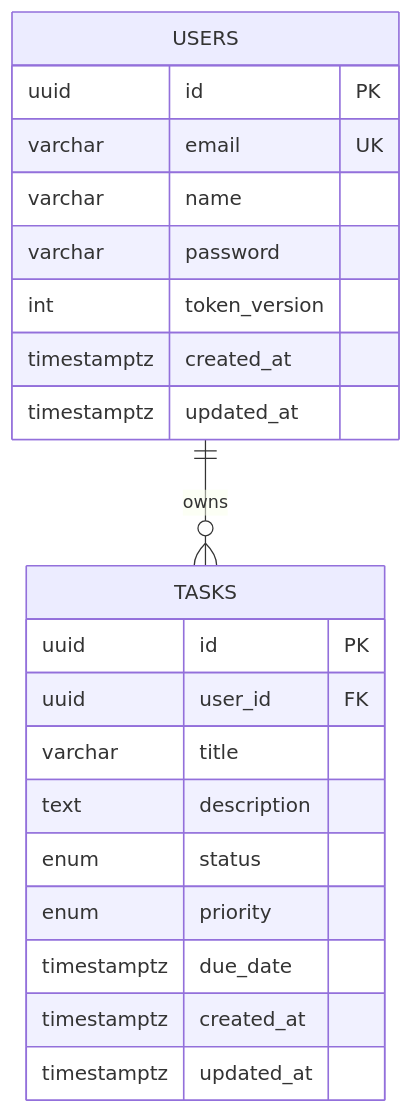
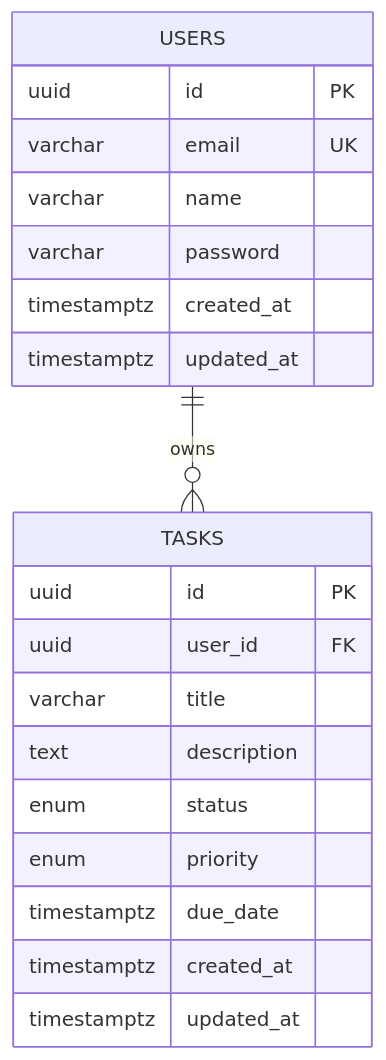
Before and after one commit to himansaE/task-management-system: the second of 3 diagrams in ARCHITECTURE.md, drawn with Mermaid. The commit also changed other lines of this file and 53 other files, not shown here.

````diff
--- a/ARCHITECTURE.md
+++ b/ARCHITECTURE.md
@@ -128,26 +128,25 @@
 ```mermaid
 erDiagram
   USERS ||--o{ TASKS : owns
 
   USERS {
     uuid id PK
     varchar email UK
     varchar name
     varchar password
-    int token_version
     timestamptz created_at
     timestamptz updated_at
   }
 
   TASKS {
     uuid id PK
     uuid user_id FK
     varchar title
     text description
     enum status
     enum priority
     timestamptz due_date
     timestamptz created_at
     timestamptz updated_at
   }
 ```
````
